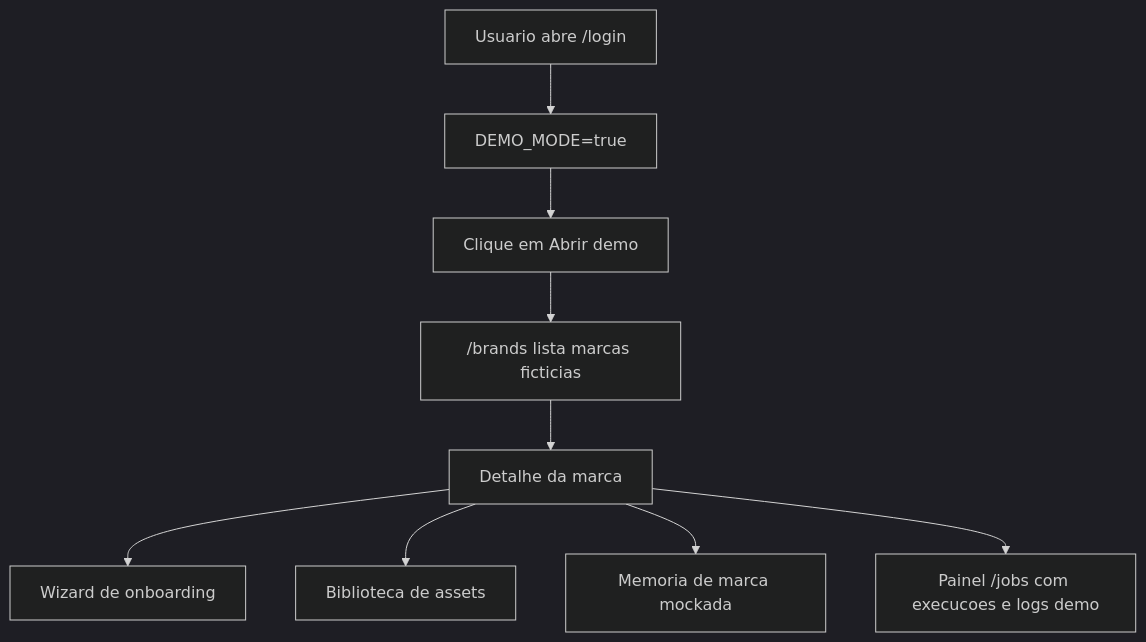
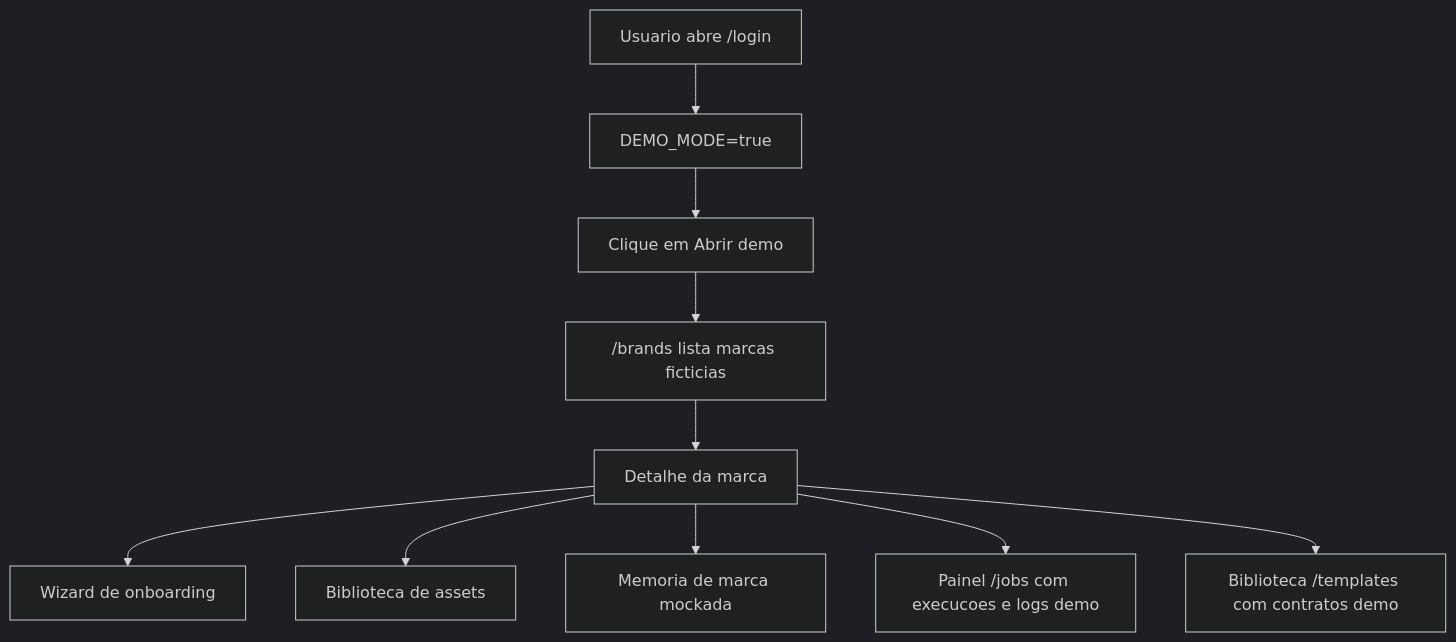
Before and after one commit to fabiohhsales/content-saas: the first of 4 diagrams in docs/DIAGNOSTICO-ATUAL.md, drawn with Mermaid (dark theme). The commit also changed other lines of this file and 4 other files, not shown here.

````diff
--- a/docs/DIAGNOSTICO-ATUAL.md
+++ b/docs/DIAGNOSTICO-ATUAL.md
@@ -220,11 +223,12 @@
 ```mermaid
 flowchart TD
   A["Usuario abre /login"] --> B["DEMO_MODE=true"]
   B --> C["Clique em Abrir demo"]
   C --> D["/brands lista marcas ficticias"]
   D --> E["Detalhe da marca"]
   E --> F["Wizard de onboarding"]
   E --> G["Biblioteca de assets"]
   E --> H["Memoria de marca mockada"]
   E --> I["Painel /jobs com execucoes e logs demo"]
+  E --> J["Biblioteca /templates com contratos demo"]
 ```
````
